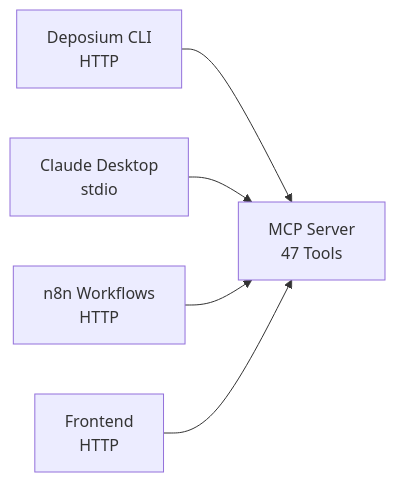
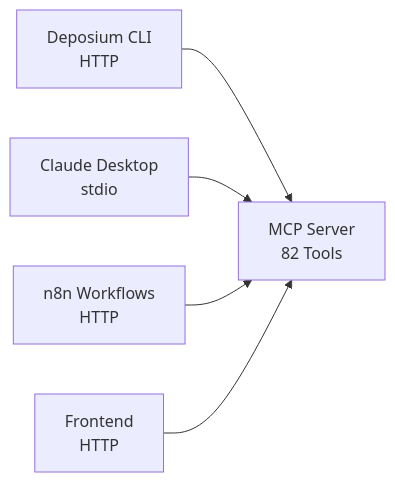
Before and after one commit to theseedship/deposium_CLI: the diagram in README.md, drawn with Mermaid. The commit also changed other lines of this file, not shown here.

First line of the commit message:
docs: update MCP tool count from 47 to 82

````diff
--- a/README.md
+++ b/README.md
@@ -682,7 +682,7 @@
 ```mermaid
 graph LR
-    CLI[Deposium CLI<br/>HTTP] --> MCP[MCP Server<br/>47 Tools]
+    CLI[Deposium CLI<br/>HTTP] --> MCP[MCP Server<br/>82 Tools]
     CLAUDE[Claude Desktop<br/>stdio] --> MCP
     N8N[n8n Workflows<br/>HTTP] --> MCP
     FRONT[Frontend<br/>HTTP] --> MCP
 ```
````
